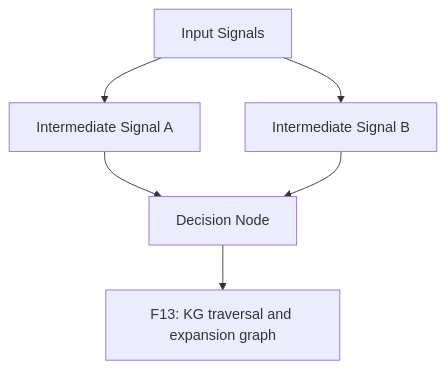
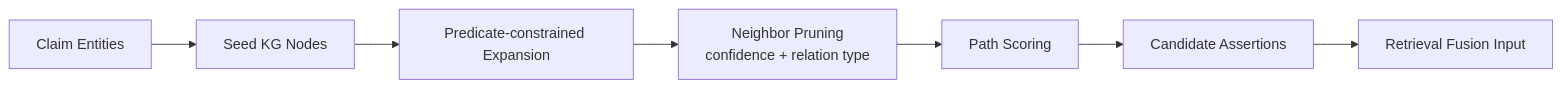
The third of 8 diagrams in methodology/figures/03-retrieval-and-corrective-pack.md (Luxia-AI/docs), drawn with Mermaid before and after one commit. The commit also changed other lines of this file and 9 other files, not shown here.

First line of the commit message:
Refactor methodology figures with updated Mermaid diagrams and enhanced clarity across multiple packs. Key changes include:

````diff
--- a/methodology/figures/03-retrieval-and-corrective-pack.md
+++ b/methodology/figures/03-retrieval-and-corrective-pack.md
@@ -78,8 +92,10 @@
 ```mermaid
-graph TD
-    A[Input Signals] --> B[Intermediate Signal A]
-    A --> C[Intermediate Signal B]
-    B --> D[Decision Node]
-    C --> D
-    D --> E[F13: KG traversal and expansion graph]
+flowchart LR
+  E[Claim Entities] --> N1[Seed KG Nodes]
+  N1 --> X1[Predicate-constrained Expansion]
+  X1 --> X2[Neighbor Pruning
+confidence + relation type]
+  X2 --> P1[Path Scoring]
+  P1 --> C1[Candidate Assertions]
+  C1 --> F1[Retrieval Fusion Input]
 ```
````
